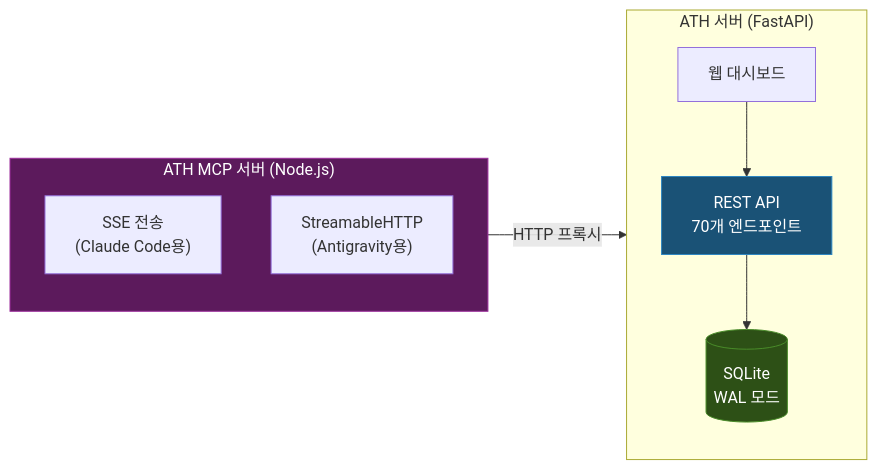
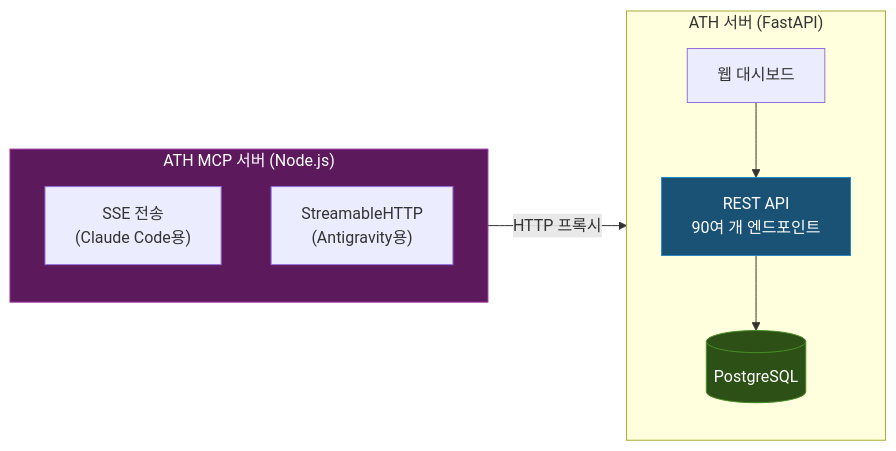
Before and after one commit to whguswka/whguswka.github.io: the second of 3 diagrams in _posts/2026-03-27-multi-agent-orchestration.md, drawn with Mermaid. The commit also changed other lines of this file and 3 other files, not shown here.

````diff
--- a/_posts/2026-03-27-multi-agent-orchestration.md
+++ b/_posts/2026-03-27-multi-agent-orchestration.md
@@ -112,21 +112,21 @@
 ```mermaid
 graph LR
     subgraph ATH_Server["ATH 서버 (FastAPI)"]
-        API["REST API\n70개 엔드포인트"]
-        DB[(SQLite\nWAL 모드)]
+        API["REST API\n90여 개 엔드포인트"]
+        DB[(PostgreSQL)]
         DASH["웹 대시보드"]
         API --> DB
         DASH --> API
     end
 
     subgraph ATH_MCP["ATH MCP 서버 (Node.js)"]
         SSE["SSE 전송\n(Claude Code용)"]
         HTTP["StreamableHTTP\n(Antigravity용)"]
     end
 
     ATH_MCP -->|HTTP 프록시| ATH_Server
 
     style API fill:#1a5276,stroke:#2e86c1,color:#fff
     style DB fill:#2d5016,stroke:#4a8c2a,color:#fff
     style ATH_MCP fill:#5c1a5c,stroke:#9b2d9b,color:#fff
 ```
````
